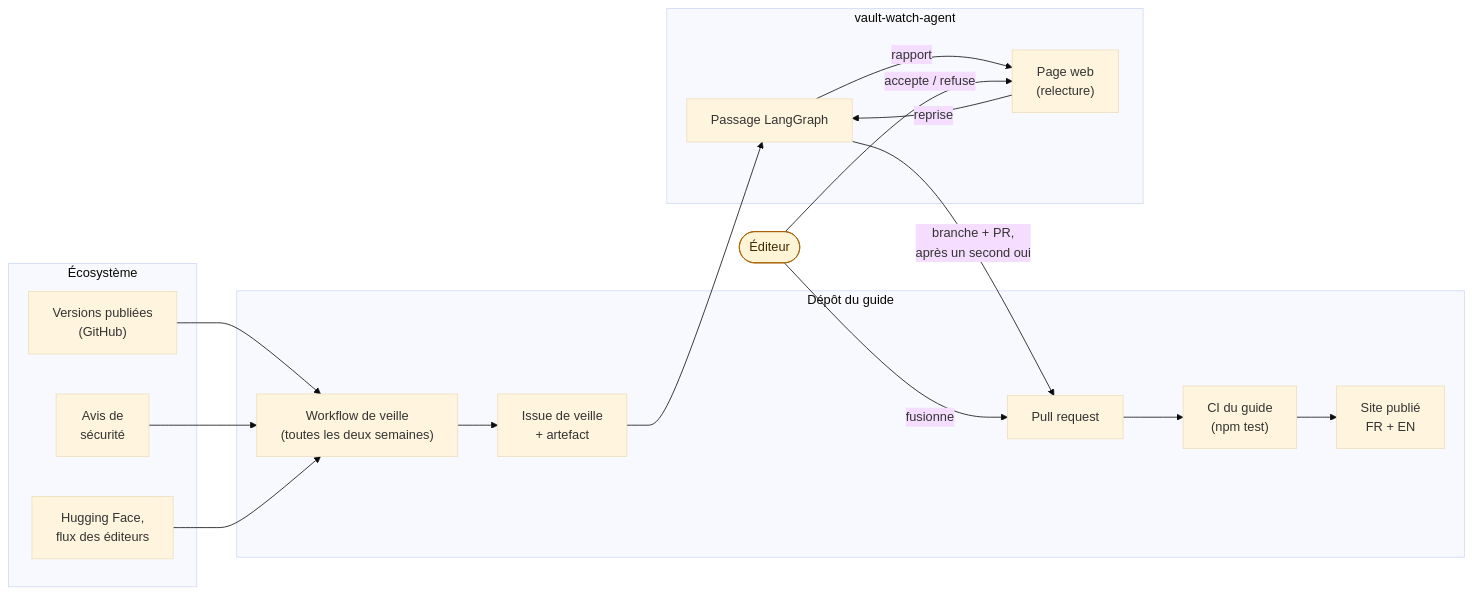
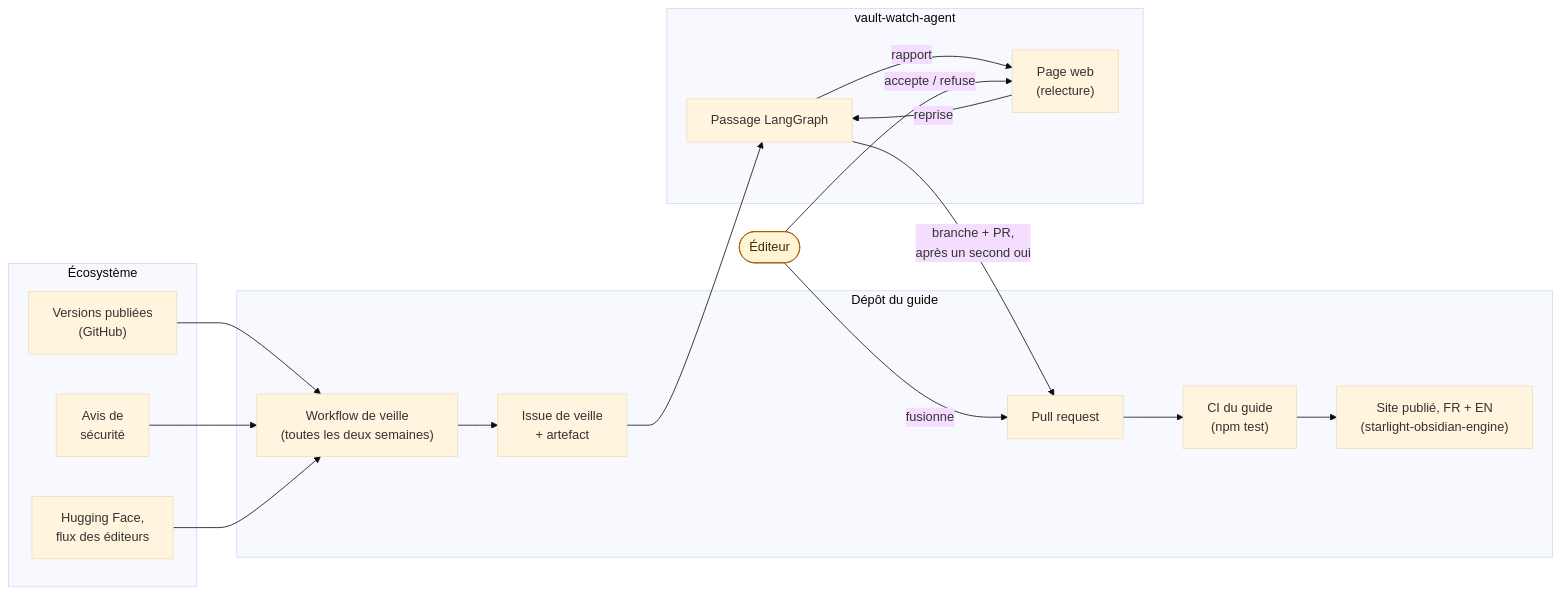
One commit to DamienBecherini/vault-watch-agent changed the first of 5 diagrams in docs/fr/presentation.md. Above: the diagram before and after it, drawn with Mermaid (base theme). The commit also changed 4 other files, not shown here.

Commit message:
README: how the reference guide is made (an Obsidian vault, published by starlight-obsidian-engine through the guide's CI); the agent stops at the pull request

````diff
--- a/docs/fr/presentation.md
+++ b/docs/fr/presentation.md
@@ -28,31 +28,31 @@
 ```mermaid
 flowchart LR
   subgraph eco["Écosystème"]
     rel["Versions publiées<br/>(GitHub)"]
     adv["Avis de<br/>sécurité"]
     hf["Hugging Face,<br/>flux des éditeurs"]
   end
   subgraph guide["Dépôt du guide"]
     wf["Workflow de veille<br/>(toutes les deux semaines)"]
     issue["Issue de veille<br/>+ artefact"]
     pr["Pull request"]
     ci["CI du guide<br/>(npm test)"]
-    site["Site publié<br/>FR + EN"]
+    site["Site publié, FR + EN<br/>(starlight-obsidian-engine)"]
   end
   subgraph agent["vault-watch-agent"]
     run["Passage LangGraph"]
     ui["Page web<br/>(relecture)"]
   end
   human(["Éditeur"])
   rel --> wf
   adv --> wf
   hf --> wf
   wf --> issue --> run
   run -->|"rapport"| ui
   human -->|"accepte / refuse"| ui
   ui -->|"reprise"| run
   run -->|"branche + PR,<br/>après un second oui"| pr --> ci --> site
   human -->|"fusionne"| pr
   classDef person fill:#fff4d6,stroke:#a65f00,color:#3d2a00
   class human person
 ```
````
